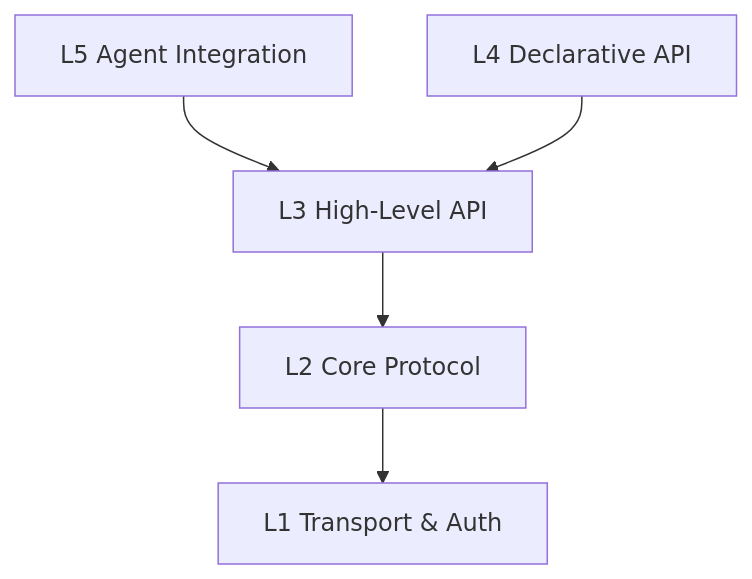
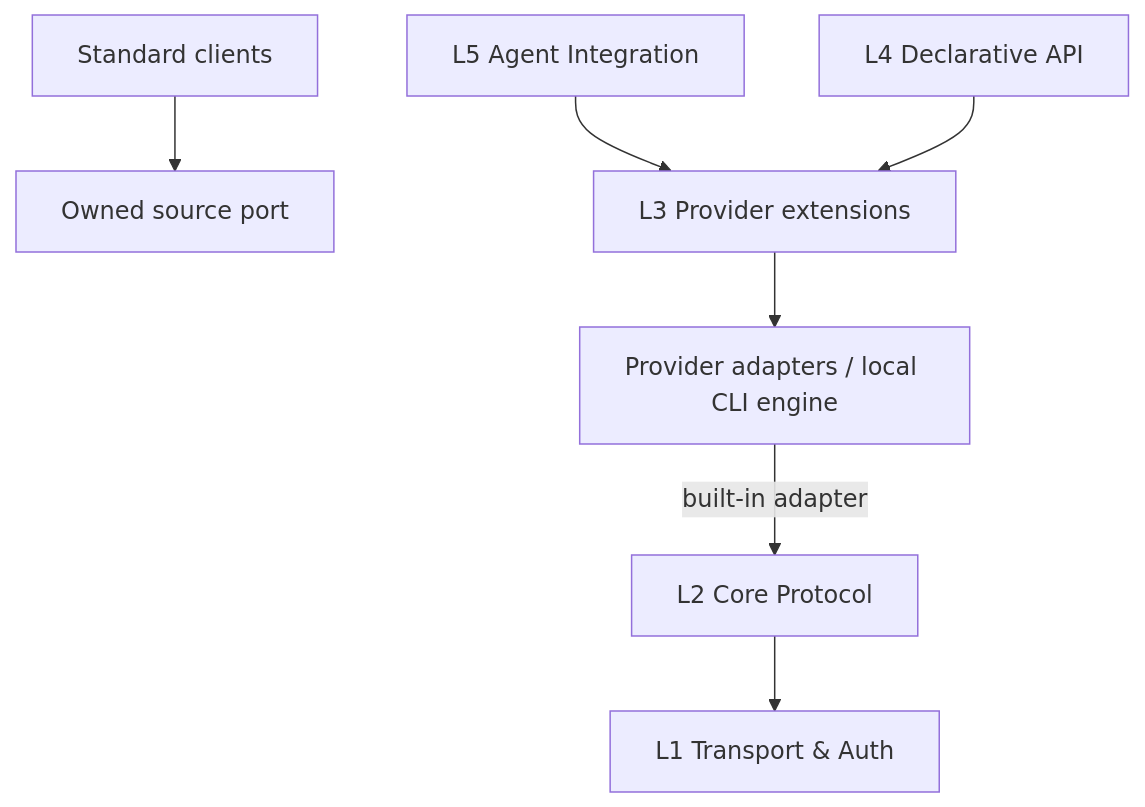
The second of 2 diagrams in docs/en/design/architecture.md (Alibaba-Agent-Sandbox/python-sdk), drawn with Mermaid before and after one commit. The commit also changed other lines of this file and 14 other files, not shown here.

````diff
--- a/docs/en/design/architecture.md
+++ b/docs/en/design/architecture.md
@@ -136,7 +145,10 @@
 ```mermaid
 graph TD
-    L5[L5 Agent Integration] --> L3[L3 High-Level API]
+    STD[Standard clients] --> PORT[Owned source port]
+    L5[L5 Agent Integration] --> L3[L3 Provider extensions]
     L4[L4 Declarative API] --> L3
-    L3 --> L2[L2 Core Protocol]
+    PRV["Provider adapters / local CLI engine"]
+    L3 --> PRV
+    PRV -->|built-in adapter| L2[L2 Core Protocol]
     L2 --> L1[L1 Transport & Auth]
 ```
````
